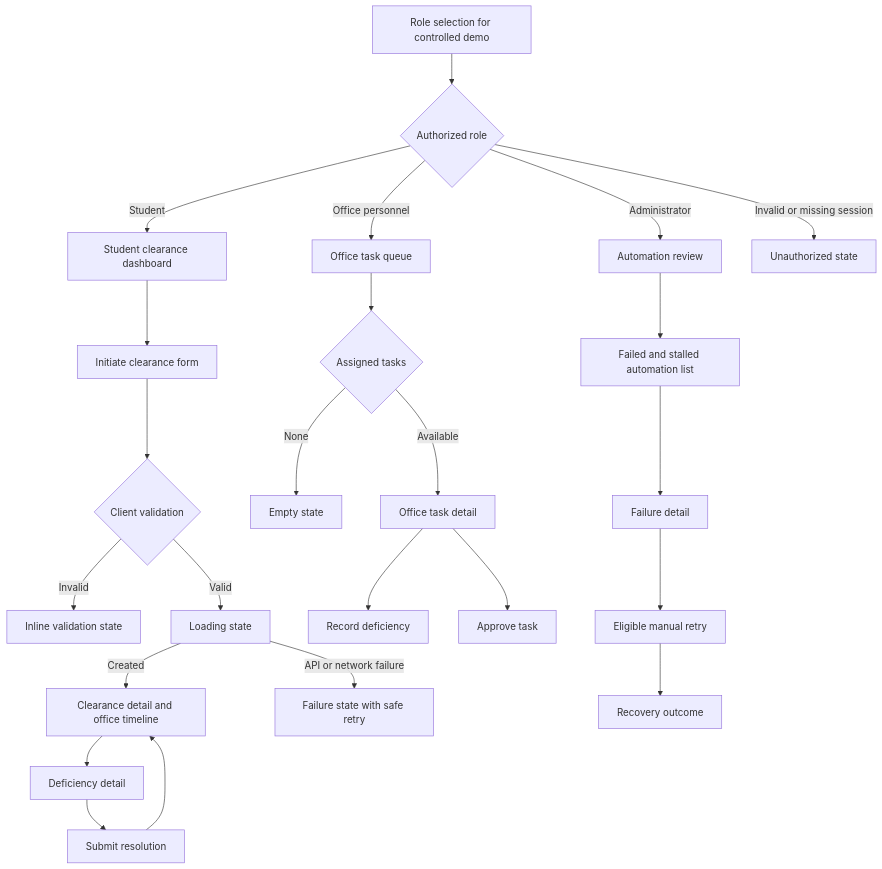
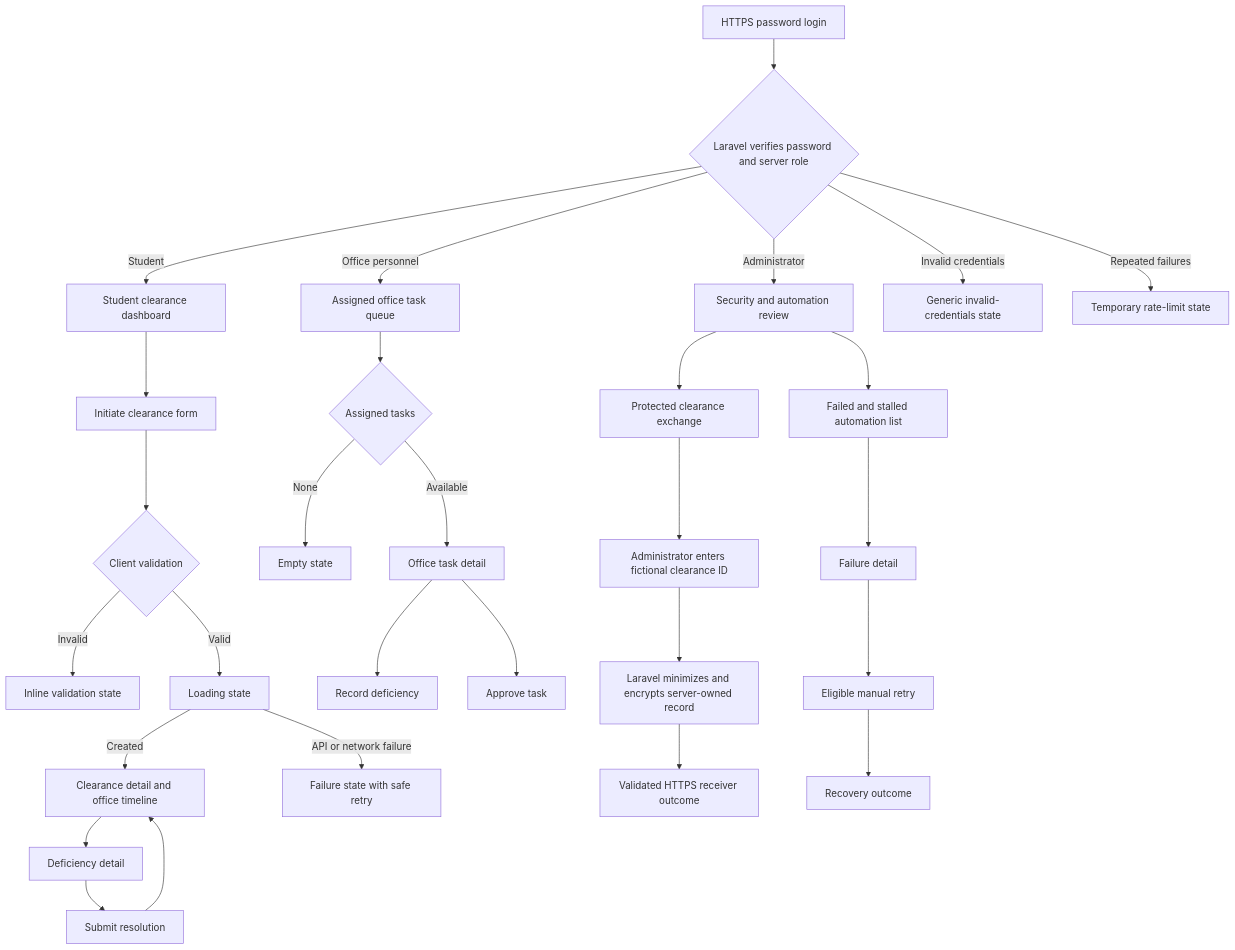
One commit to malapotexhyrone-bit/IPT_Week-13-Advanced-Automation-and-Scripting changed the diagram in docs/FLUTTER-SCREEN-FLOW.md. Above: the diagram before and after it, drawn with Mermaid. The commit also changed other lines of this file and 32 other files, not shown here.

````diff
--- a/docs/FLUTTER-SCREEN-FLOW.md
+++ b/docs/FLUTTER-SCREEN-FLOW.md
@@ -3,26 +3,31 @@
 ```mermaid
 flowchart TD
-    A[Role selection for controlled demo] --> B{Authorized role}
+    A[HTTPS password login] --> B{Laravel verifies password and server role}
     B -->|Student| C[Student clearance dashboard]
-    B -->|Office personnel| D[Office task queue]
-    B -->|Administrator| E[Automation review]
-    B -->|Invalid or missing session| F[Unauthorized state]
+    B -->|Office personnel| D[Assigned office task queue]
+    B -->|Administrator| E[Security and automation review]
+    B -->|Invalid credentials| F[Generic invalid-credentials state]
+    B -->|Repeated failures| X[Temporary rate-limit state]
     C --> G[Initiate clearance form]
     G --> H{Client validation}
     H -->|Invalid| I[Inline validation state]
     H -->|Valid| J[Loading state]
     J -->|Created| K[Clearance detail and office timeline]
     J -->|API or network failure| L[Failure state with safe retry]
     K --> M[Deficiency detail]
     M --> N[Submit resolution]
     N --> K
     D --> O{Assigned tasks}
     O -->|None| P[Empty state]
     O -->|Available| Q[Office task detail]
     Q --> R[Record deficiency]
     Q --> S[Approve task]
     E --> T[Failed and stalled automation list]
+    E --> Y[Protected clearance exchange]
+    Y --> Z[Administrator enters fictional clearance ID]
+    Z --> AA[Laravel minimizes and encrypts server-owned record]
+    AA --> AB[Validated HTTPS receiver outcome]
     T --> U[Failure detail]
     U --> V[Eligible manual retry]
     V --> W[Recovery outcome]
 ```
````
